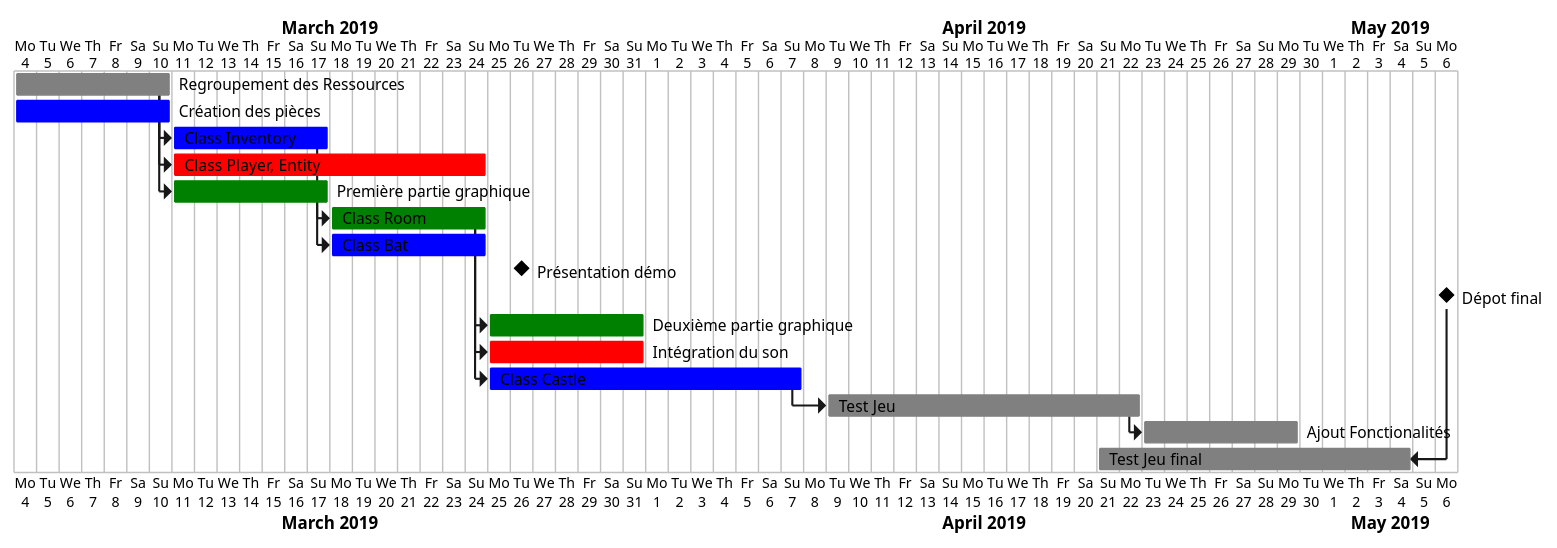
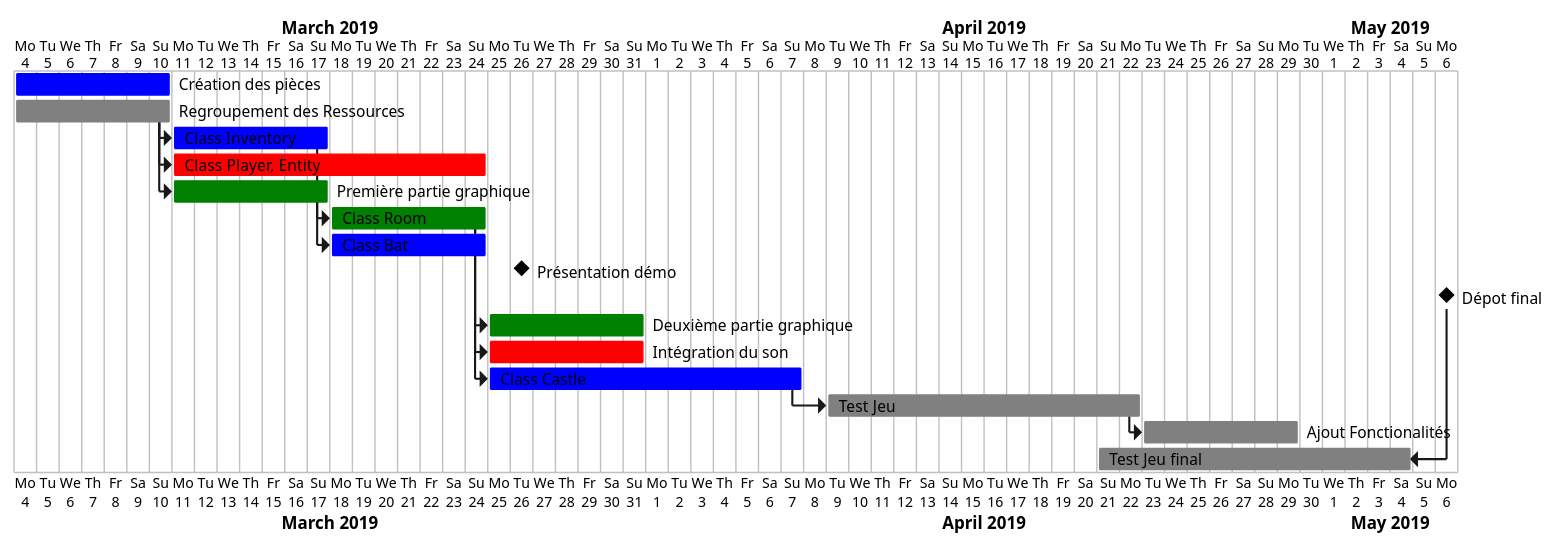
The diagram in doc/diagrams/Gantt.puml (Serdok/GoldenPhoenix), drawn with PlantUML before and after one commit. The commit also changed other lines of this file, not shown here.

Commit message:
Updated diagrams

```diff
--- a/doc/diagrams/Gantt.puml
+++ b/doc/diagrams/Gantt.puml
@@ -1,45 +1,45 @@
 @startgantt
 project starts the 2019/03/04
 
+[ Création des pièces ] lasts 7 days
+[ Création des pièces ] is colored in Blue
 [ Regroupement des Ressources ] lasts 7 days
 [ Regroupement des Ressources ] is colored in Grey
-[ Création des pièces ] lasts 7 days
-[ Création des pièces ] is colored in Blue
 [ Class Inventory ] lasts 7 days
 [ Class Inventory ] is colored in Blue
 [ Regroupement des Ressources ] -> [ Class Inventory ]
 [ Class Player, Entity ] lasts 14 days
 [ Class Player, Entity ] is colored in Red
 [ Regroupement des Ressources ] -> [ Class Player, Entity ]
 [ Première partie graphique ] lasts 7 days
 [ Première partie graphique ] is colored in Green
 [ Regroupement des Ressources ] -> [ Première partie graphique ]
 [ Class Room ] lasts 7 days
 [ Class Room ] is colored in Green
 [ Première partie graphique ] -> [ Class Room ]
 [ Class Bat ] lasts 7 days
 [ Class Bat ] is colored in Blue
 [ Class Inventory ] -> [ Class Bat ]
 
 [ Présentation démo ] happens the 2019/03/26
 [ Dépot final ] happens the 2019/05/06
 
 [ Deuxième partie graphique ] lasts 7 days
 [ Deuxième partie graphique ] is colored in Green
 [ Class Room ] -> [ Deuxième partie graphique ]
 [ Intégration du son ] lasts 7 days
 [ Intégration du son ] is colored in Red
 [ Class Room ] -> [ Intégration du son ]
 [ Class Castle ] lasts 14 days
 [ Class Castle ] is colored in Blue
 [ Class Room ] -> [ Class Castle ]
 
 [ Test Jeu ] lasts 14 days
 [ Test Jeu ] is colored in Grey
 [ Test Jeu ] starts 1 day after [ Class Castle ]'s end
 [ Ajout Fonctionalités ] lasts  7 days
 [ Ajout Fonctionalités ] is colored in Grey
 [ Test Jeu ] -> [ Ajout Fonctionalités ]
 [ Test Jeu final ] lasts 14 days and ends 1 day before [ Dépot final ]'s start
 [ Test Jeu final ] is colored in Grey
 @endgantt
```
